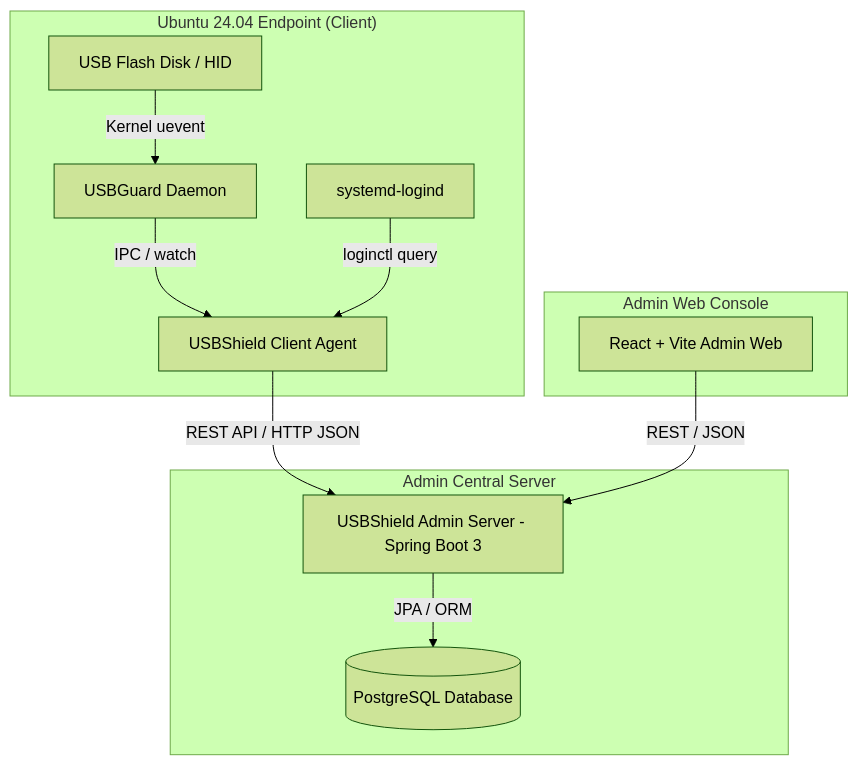
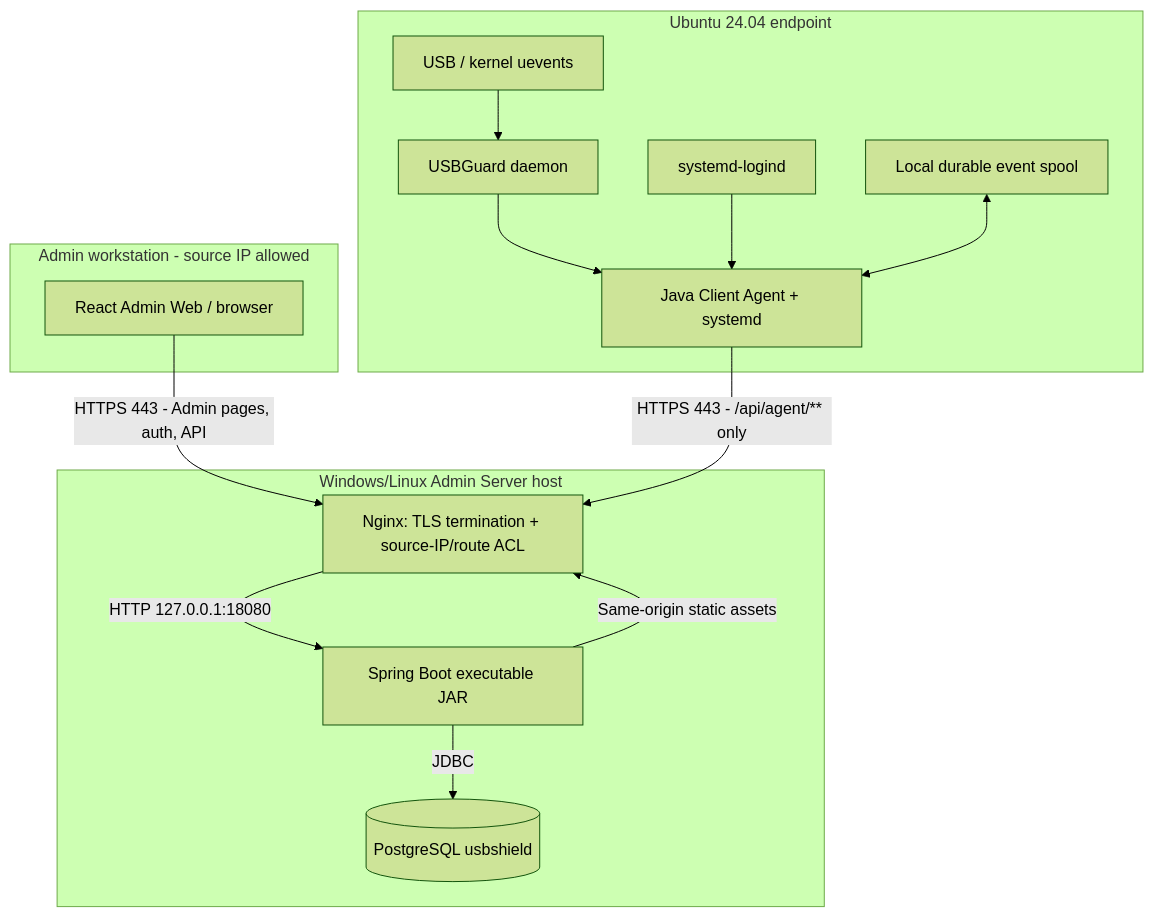
One commit to chivan2925/USBProtection changed the first of 2 diagrams in docs/ARCHITECTURE.md. Above: the diagram before and after it, drawn with Mermaid (forest theme). The commit also changed other lines of this file and 8 other files, not shown here.

````diff
--- a/docs/ARCHITECTURE.md
+++ b/docs/ARCHITECTURE.md
@@ -57,17 +9,19 @@
 ```mermaid
-graph TB
-    subgraph Ubuntu_Endpoint ["Ubuntu 24.04 Endpoint (Client)"]
-        USB[USB Flash Disk / HID] -->|Kernel uevent| UG[USBGuard Daemon]
-        UG -->|IPC / watch| AGENT[USBShield Client Agent]
-        LOGIND[systemd-logind] -->|loginctl query| AGENT
+flowchart TB
+    subgraph AdminClient[Admin workstation - source IP allowed]
+        Browser[React Admin Web / browser]
     end
-
-    subgraph Admin_Central ["Admin Central Server"]
-        AGENT -->|REST API / HTTP JSON| SERVER[USBShield Admin Server - Spring Boot 3]
-        SERVER -->|JPA / ORM| DB[(PostgreSQL Database)]
+    subgraph Ubuntu[Ubuntu 24.04 endpoint]
+        USB[USB / kernel uevents] --> UG[USBGuard daemon]
+        UG --> Agent[Java Client Agent + systemd]
+        Logind[systemd-logind] --> Agent
+        Spool[Local durable event spool] <--> Agent
     end
-
-    subgraph Admin_Console ["Admin Web Console"]
-        WEB[React + Vite Admin Web] -->|REST / JSON| SERVER
+    Browser -->|HTTPS 443 - Admin pages, auth, API| Proxy[Nginx: TLS termination + source-IP/route ACL]
+    Agent -->|HTTPS 443 - /api/agent/** only| Proxy
+    subgraph AdminHost[Windows/Linux Admin Server host]
+        Proxy -->|HTTP 127.0.0.1:18080| Spring[Spring Boot executable JAR]
+        Spring -->|JDBC| DB[(PostgreSQL usbshield)]
     end
+    Spring -->|Same-origin static assets| Proxy
 ```
````
